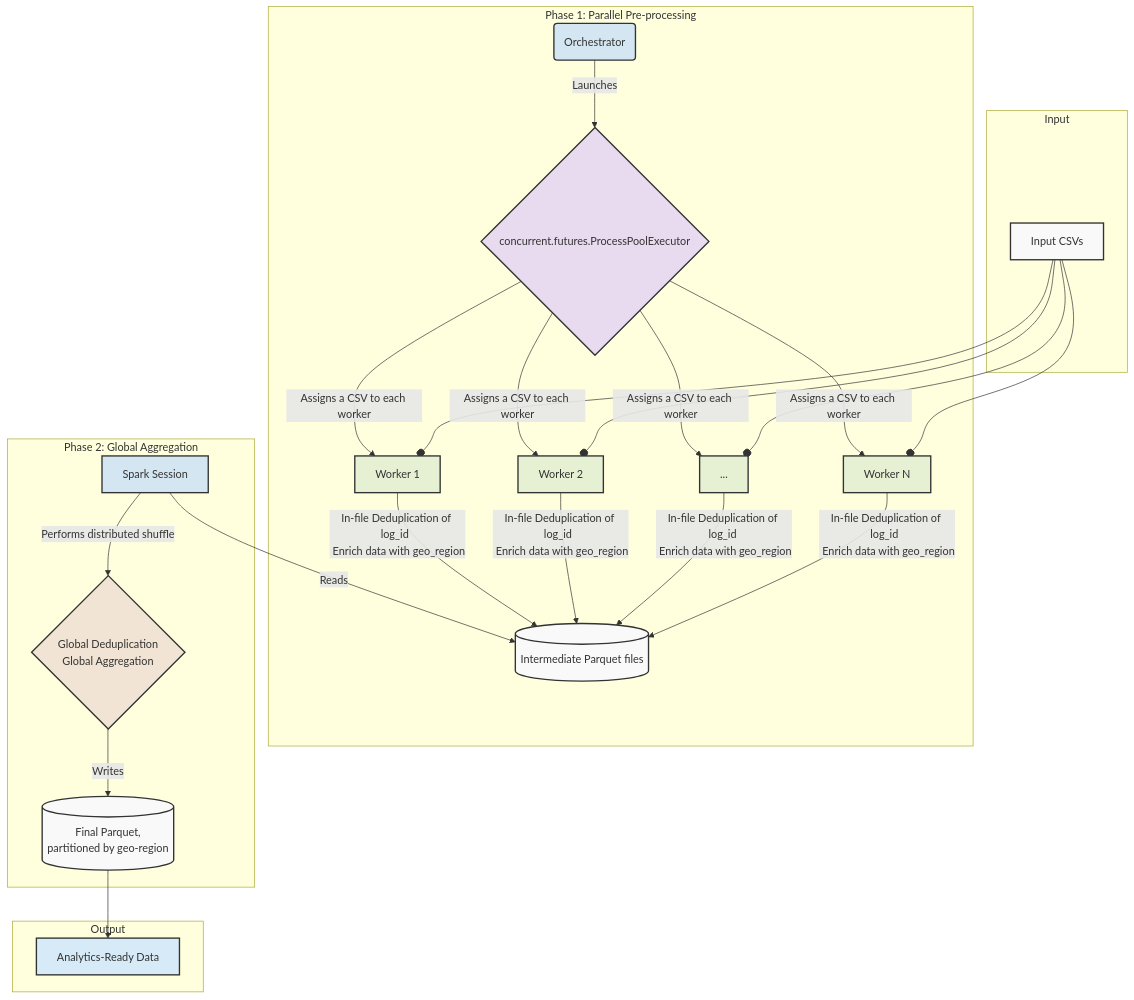
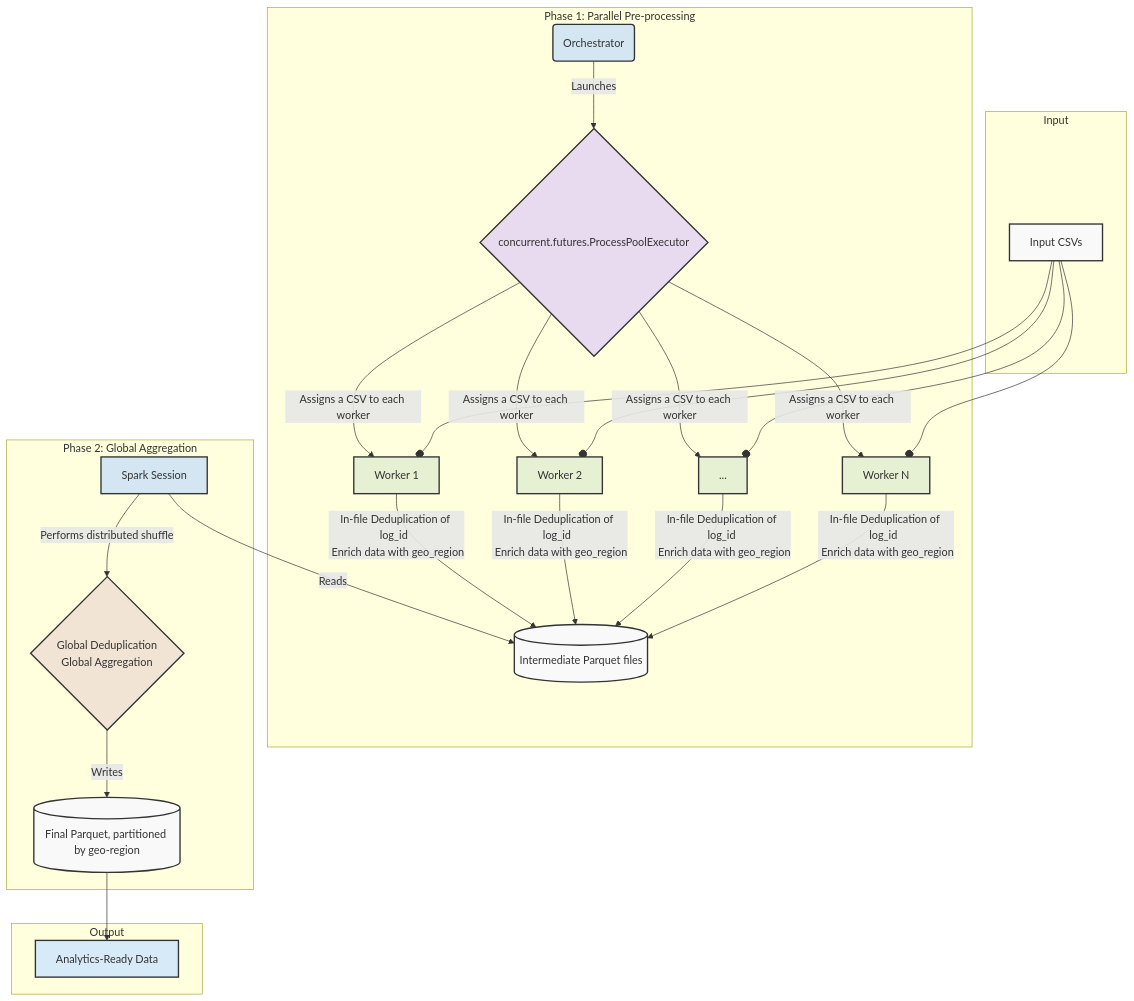
Before and after one commit to b-jayesh9/InvestCloudAssignments: the diagram in README.md, drawn with Mermaid. The commit also changed other lines of this file and 2 other files, not shown here.

````diff
--- a/README.md
+++ b/README.md
@@ -35,48 +35,47 @@
 ```mermaid
 graph TD
     subgraph Input
         A[Input CSVs]
     end
 
     subgraph Phase 1: Parallel Pre-processing
         B(Orchestrator) -- Launches --> C{concurrent.futures.ProcessPoolExecutor};
         C -- Assigns a CSV to each worker --> D[Worker 1 ];
         C -- Assigns a CSV to each worker --> E[Worker 2 ];
         C -- Assigns a CSV to each worker --> F[...];
         C -- Assigns a CSV to each worker --> G[Worker N ];
         A --o D;
         A --o E;
         A --o F;
         A --o G;
         D -- In-file Deduplication of log_id  <br> Enrich data with geo_region --> H[(Intermediate Parquet files)];
         E -- In-file Deduplication of log_id  <br> Enrich data with geo_region--> H;
         F -- In-file Deduplication of log_id <br> Enrich data with geo_region --> H;
         G -- In-file Deduplication of log_id  <br> Enrich data with geo_region  --> H;
     end
 
     subgraph Phase 2: Global Aggregation 
         I[Spark Session] -- Reads --> H;
         I -- Performs distributed shuffle --> J{Global Deduplication <br> Global Aggregation };
-        J -- Writes --> K[(Final Parquet, 
-        partitioned by geo-region)];
+        J -- Writes --> K[(Final Parquet, partitioned by geo-region)];
     end
 
     subgraph Output
         L[Analytics-Ready Data]
     end
 
     K --> L;
 
     style A fill:#f9f9f9,stroke:#333,stroke-width:2px
     style H fill:#f9f9f9,stroke:#333,stroke-width:2px
     style K fill:#f9f9f9,stroke:#333,stroke-width:2px
     style B fill:#d4e6f1,stroke:#333,stroke-width:2px
     style I fill:#d4e6f1,stroke:#333,stroke-width:2px
     style C fill:#e8daef,stroke:#333,stroke-width:2px
     style D fill:#e6f1d4,stroke:#333,stroke-width:2px
     style E fill:#e6f1d4,stroke:#333,stroke-width:2px
     style F fill:#e6f1d4,stroke:#333,stroke-width:2px
     style G fill:#e6f1d4,stroke:#333,stroke-width:2px
     style J fill:#f1e4d4,stroke:#333,stroke-width:2px
     style L fill:#d6eaf8,stroke:#333,stroke-width:2px
 ```
````
